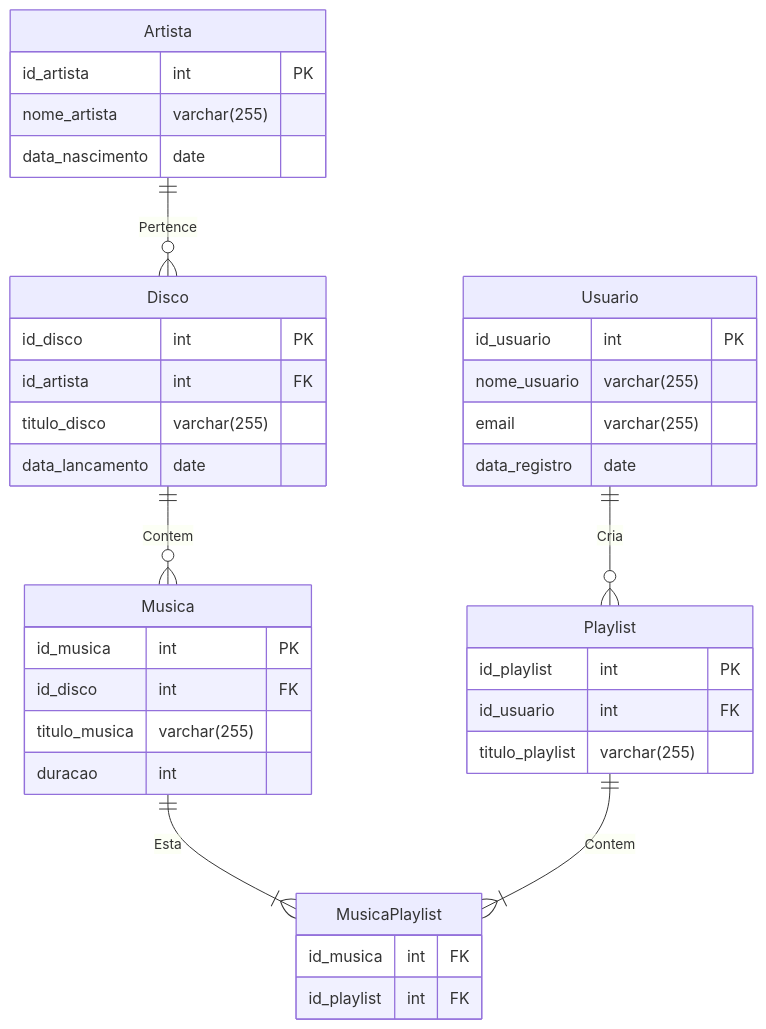
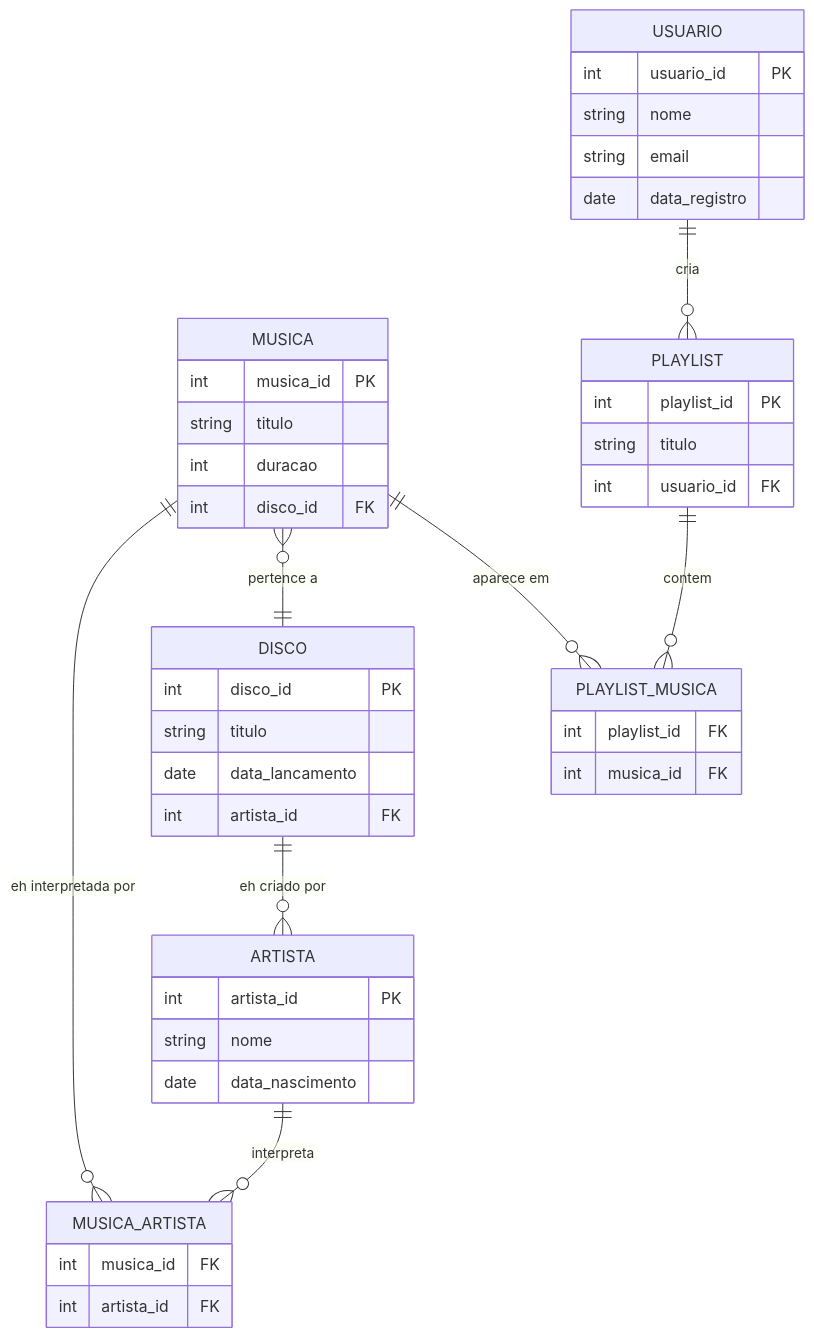
One commit to LuiisMarim/ModelandoBDSQL changed the diagram in Mer.md. Above: the diagram before and after it, drawn with Mermaid. The commit also changed other lines of this file, not shown here.

````diff
--- a/Mer.md
+++ b/Mer.md
@@ -6,51 +6,55 @@
 ```mermaid
 erDiagram
-
-     Usuario {
-        id_usuario int PK
-        nome_usuario varchar(255)
-        email varchar(255) 
-        data_registro date
+    MUSICA {
+        int musica_id PK
+        string titulo
+        int duracao
+        int disco_id FK
     }
 
-    Artista {
-        id_artista int PK
-        nome_artista varchar(255)
-        data_nascimento date
+    ARTISTA {
+        int artista_id PK
+        string nome
+        date data_nascimento
     }
 
-    Disco {
-        id_disco int PK
-        id_artista int FK
-        titulo_disco varchar(255)
-        data_lancamento date
+    DISCO {
+        int disco_id PK
+        string titulo
+        date data_lancamento
+        int artista_id FK
     }
 
-    Musica {
-        id_musica int PK
-        id_disco int FK
-        titulo_musica varchar(255)
-        duracao int
+    USUARIO {
+        int usuario_id PK
+        string nome
+        string email
+        date data_registro
     }
 
-
-     Playlist {
-        id_playlist int PK
-        id_usuario int FK
-        titulo_playlist varchar(255)
+    PLAYLIST {
+        int playlist_id PK
+        string titulo
+        int usuario_id FK
     }
 
-    MusicaPlaylist {
-        id_musica int FK
-        id_playlist int FK
+    MUSICA_ARTISTA {
+        int musica_id FK
+        int artista_id FK
     }
 
+    PLAYLIST_MUSICA {
+        int playlist_id FK
+        int musica_id FK
+    }
 
-  
-    
-    Artista ||--o{ Disco : Pertence 
-    Disco ||--o{ Musica : Contem
-    Usuario ||--o{ Playlist : Cria
-    Musica ||--|{ MusicaPlaylist : Esta
-    Playlist ||--|{ MusicaPlaylist : Contem
+    MUSICA ||--o{ MUSICA_ARTISTA : "eh interpretada por"
+    ARTISTA ||--o{ MUSICA_ARTISTA : "interpreta"
+    MUSICA }o--|| DISCO : "pertence a"
+    DISCO ||--o{ ARTISTA : "eh criado por"
+    USUARIO ||--o{ PLAYLIST : "cria"
+    PLAYLIST ||--o{ PLAYLIST_MUSICA : "contem"
+    MUSICA ||--o{ PLAYLIST_MUSICA : "aparece em"
+
+
 ```
````
